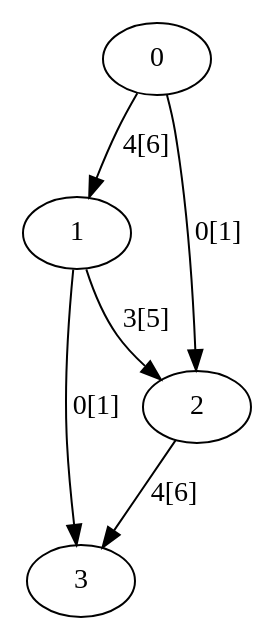
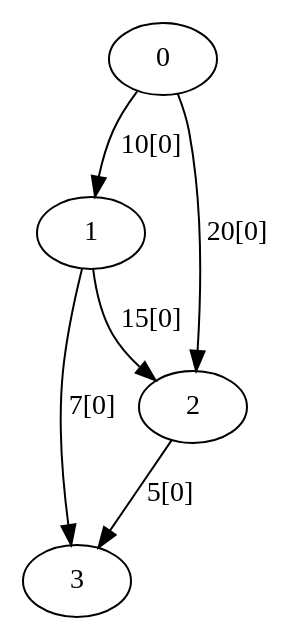
Before and after one commit to tamura2004/atcoder: the diagram in debug.dot, drawn with Graphviz. The commit also changed 2 other files, not shown here.

```diff
--- a/debug.dot
+++ b/debug.dot
@@ -1,7 +1,7 @@
 digraph tree {
-  0 -> 1 [label="4[6]"]
-  0 -> 2 [label="0[1]"]
-  1 -> 2 [label="3[5]"]
-  1 -> 3 [label="0[1]"]
-  2 -> 3 [label="4[6]"]
+  0 -> 1 [label="10[0]"]
+  0 -> 2 [label="20[0]"]
+  1 -> 2 [label="15[0]"]
+  1 -> 3 [label="7[0]"]
+  2 -> 3 [label="5[0]"]
 }
```
